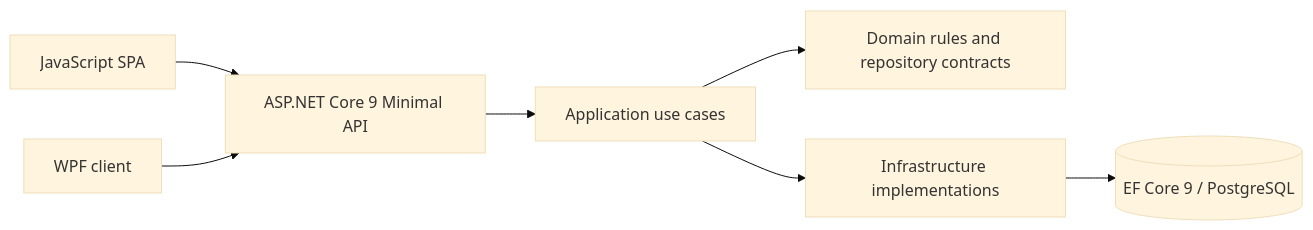
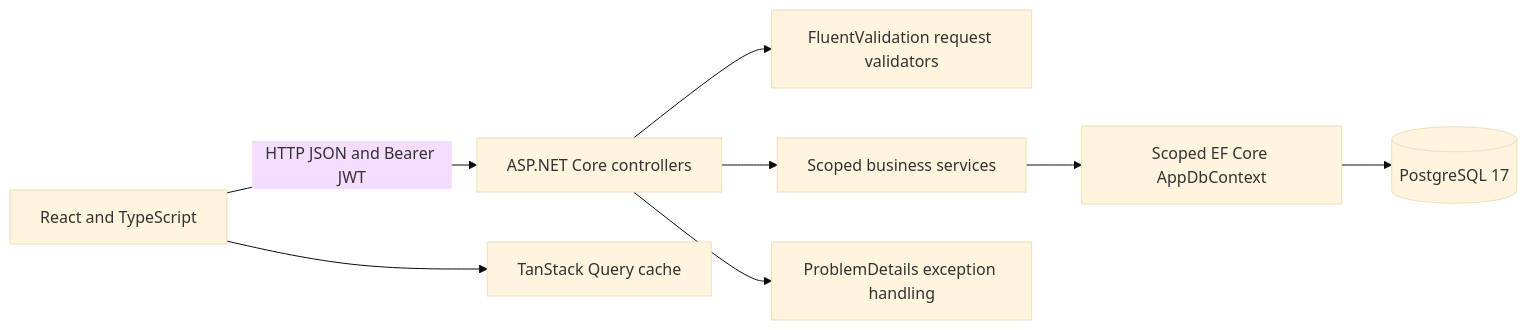
The diagram in docs/ARCHITECTURE.md (SCanerG/DemoErp), drawn with Mermaid (base theme) before and after one commit. The commit also changed other lines of this file and 106 other files, not shown here.

````diff
--- a/docs/ARCHITECTURE.md
+++ b/docs/ARCHITECTURE.md
@@ -5,9 +9,10 @@
 ```mermaid
 flowchart LR
-    Browser[JavaScript SPA] --> API[ASP.NET Core 9 Minimal API]
-    Desktop[WPF client] --> API
-    API --> Application[Application use cases]
-    Application --> Domain[Domain rules and repository contracts]
-    Application --> Infrastructure[Infrastructure implementations]
-    Infrastructure --> Database[(EF Core 9 / PostgreSQL)]
+  UI[React and TypeScript] -->|HTTP JSON and Bearer JWT| API[ASP.NET Core controllers]
+  UI --> Query[TanStack Query cache]
+  API --> Validation[FluentValidation request validators]
+  API --> Services[Scoped business services]
+  Services --> EF[Scoped EF Core AppDbContext]
+  EF --> DB[(PostgreSQL 17)]
+  API --> Errors[ProblemDetails exception handling]
 ```
````
